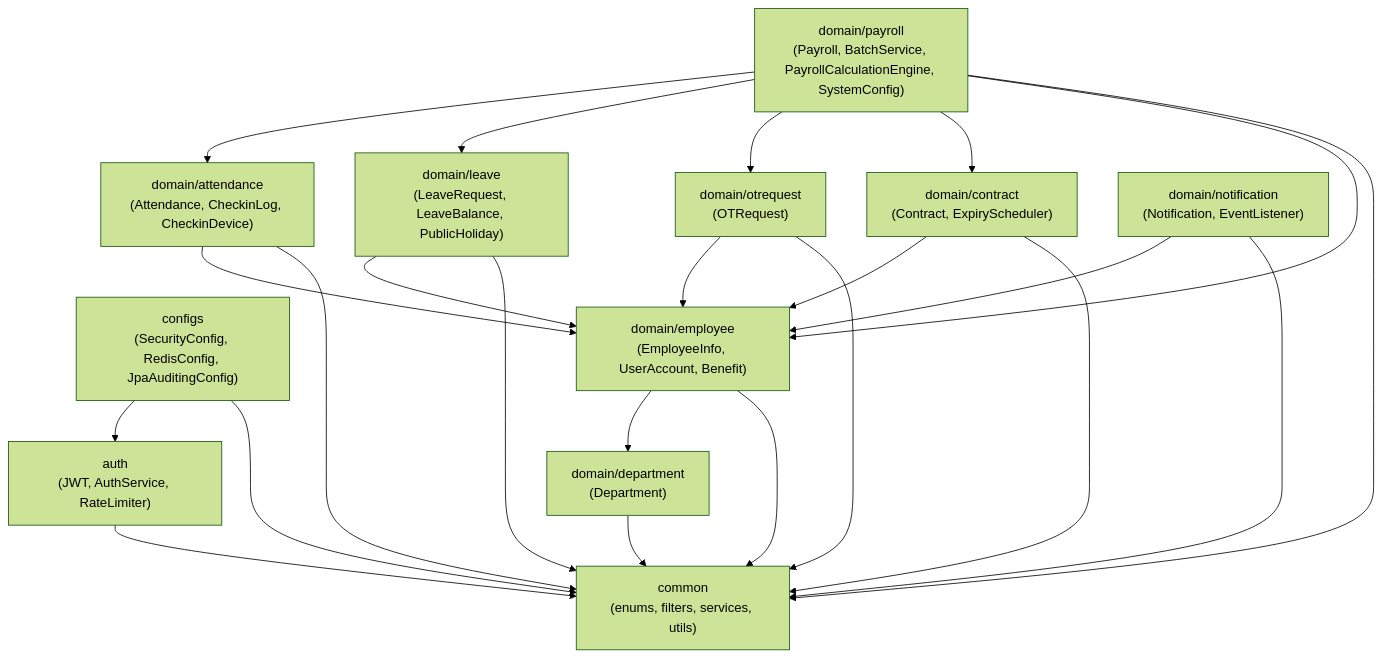
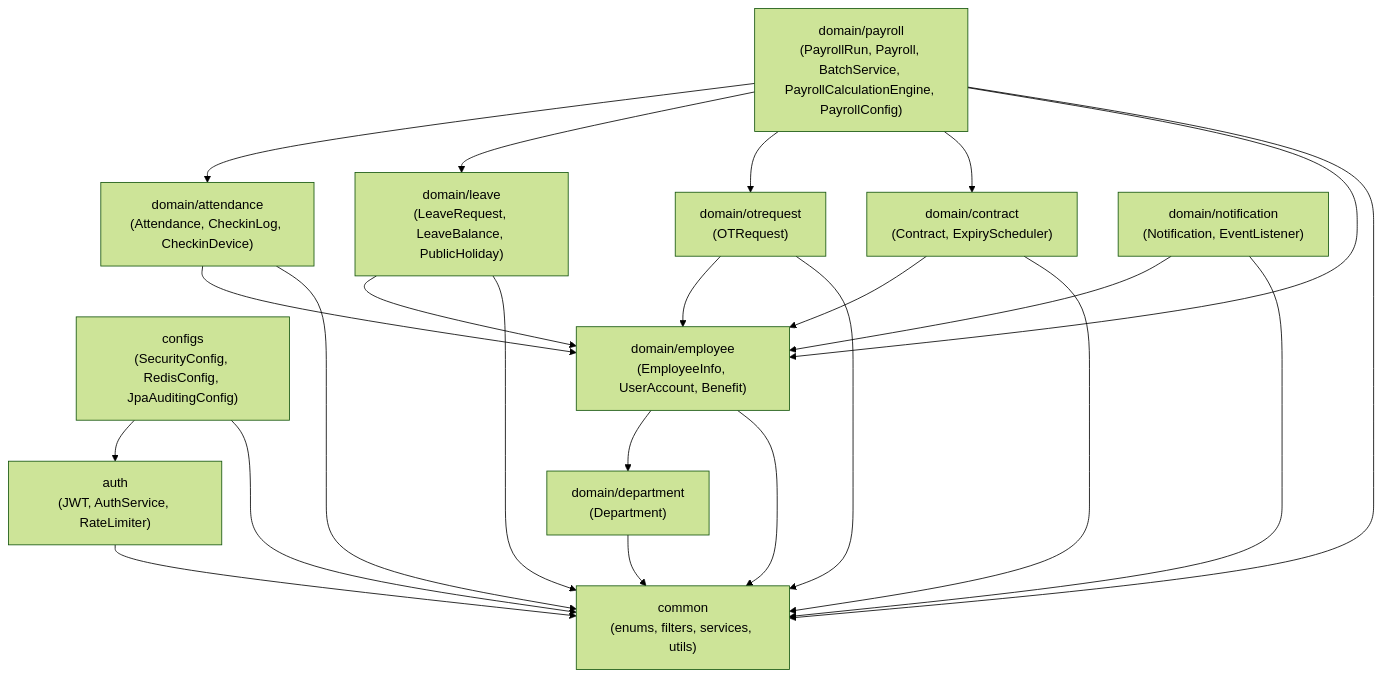
One commit to NBachTH/HRMS changed diagram 11 of 19 in docs/DATN_20204812_NguyenThanhBach/DATN_20204812_NguyenThanhBach.md. Above: the diagram before and after it, drawn with Mermaid (forest theme). The commit also changed other lines of this file and 88 other files, not shown here.

Commit message:
fix Contract, Payroll Run flow

````diff
--- a/docs/DATN_20204812_NguyenThanhBach/DATN_20204812_NguyenThanhBach.md
+++ b/docs/DATN_20204812_NguyenThanhBach/DATN_20204812_NguyenThanhBach.md
@@ -1159,37 +1170,37 @@
 ```mermaid
 graph TD
     COMMON["common\n(enums, filters, services, utils)"]
     AUTH["auth\n(JWT, AuthService, RateLimiter)"]
     CONFIGS["configs\n(SecurityConfig, RedisConfig, JpaAuditingConfig)"]
     EMP["domain/employee\n(EmployeeInfo, UserAccount, Benefit)"]
     DEPT["domain/department\n(Department)"]
     CONTRACT["domain/contract\n(Contract, ExpiryScheduler)"]
     ATTEND["domain/attendance\n(Attendance, CheckinLog, CheckinDevice)"]
     LEAVE["domain/leave\n(LeaveRequest, LeaveBalance, PublicHoliday)"]
     OT["domain/otrequest\n(OTRequest)"]
     NOTIF["domain/notification\n(Notification, EventListener)"]
-    PAYROLL["domain/payroll\n(Payroll, BatchService, PayrollCalculationEngine, SystemConfig)"]
+    PAYROLL["domain/payroll\n(PayrollRun, Payroll, BatchService, PayrollCalculationEngine, PayrollConfig)"]
 
     CONFIGS --> AUTH
     CONFIGS --> COMMON
     AUTH --> COMMON
     EMP --> DEPT
     EMP --> COMMON
     DEPT --> COMMON
     CONTRACT --> EMP
     CONTRACT --> COMMON
     ATTEND --> EMP
     ATTEND --> COMMON
     LEAVE --> EMP
     LEAVE --> COMMON
     OT --> EMP
     OT --> COMMON
     NOTIF --> EMP
     NOTIF --> COMMON
     PAYROLL --> ATTEND
     PAYROLL --> LEAVE
     PAYROLL --> OT
     PAYROLL --> CONTRACT
     PAYROLL --> EMP
     PAYROLL --> COMMON
 ```
````
